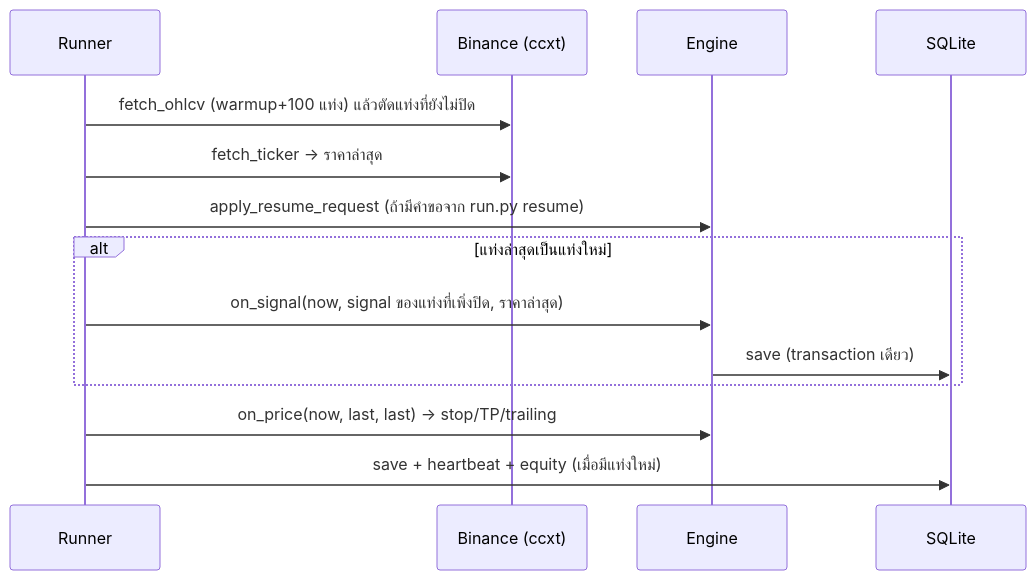
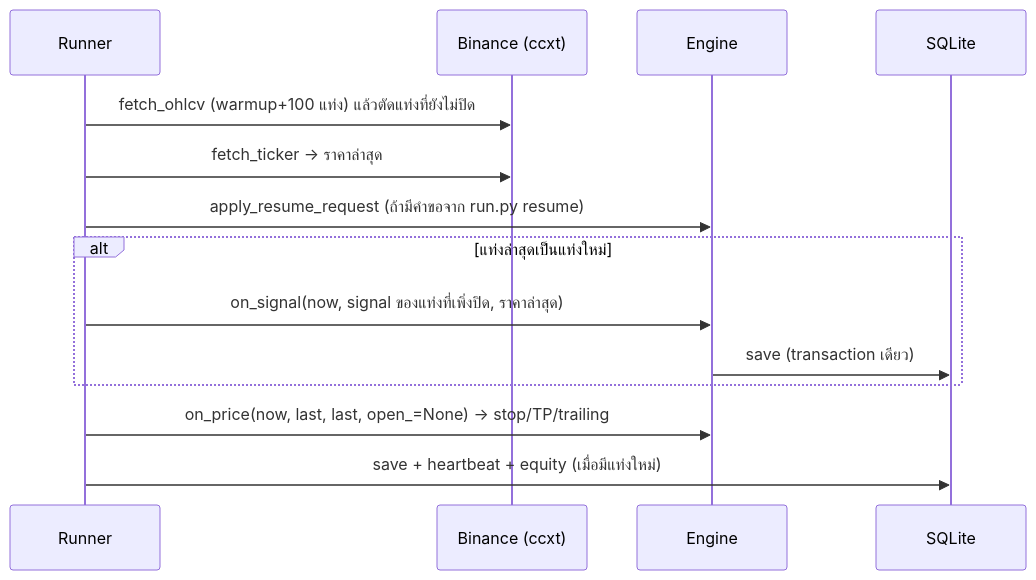
Before and after one commit to cvsz/binance-bot: the second of 3 diagrams in docs/ARCHITECTURE.md, drawn with Mermaid. The commit also changed other lines of this file and 12 other files, not shown here.

````diff
--- a/docs/ARCHITECTURE.md
+++ b/docs/ARCHITECTURE.md
@@ -69,16 +69,16 @@
 ```mermaid
 sequenceDiagram
     participant R as Runner
     participant X as Binance (ccxt)
     participant E as Engine
     participant S as SQLite
     R->>X: fetch_ohlcv (warmup+100 แท่ง) แล้วตัดแท่งที่ยังไม่ปิด
     R->>X: fetch_ticker → ราคาล่าสุด
     R->>E: apply_resume_request (ถ้ามีคำขอจาก run.py resume)
     alt แท่งล่าสุดเป็นแท่งใหม่
         R->>E: on_signal(now, signal ของแท่งที่เพิ่งปิด, ราคาล่าสุด)
         E->>S: save (transaction เดียว)
     end
-    R->>E: on_price(now, last, last) → stop/TP/trailing
+    R->>E: on_price(now, last, last, open_=None) → stop/TP/trailing
     R->>S: save + heartbeat + equity (เมื่อมีแท่งใหม่)
 ```
````
